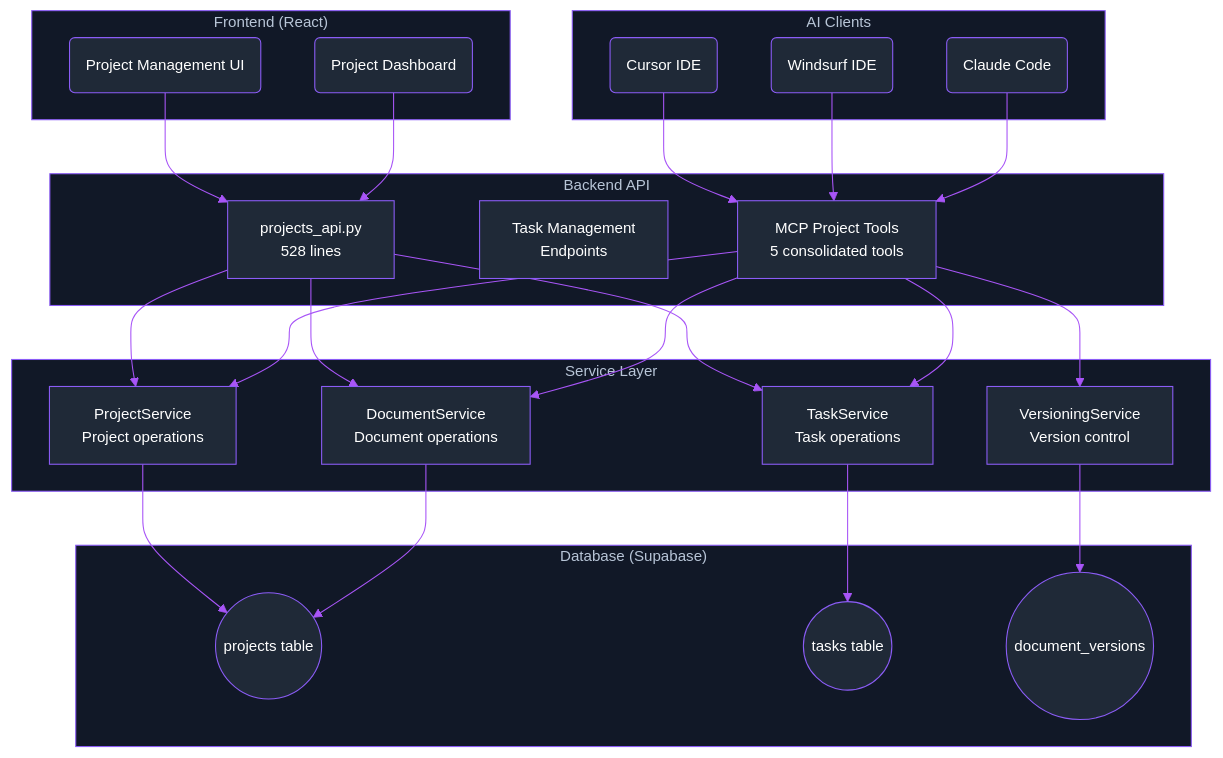
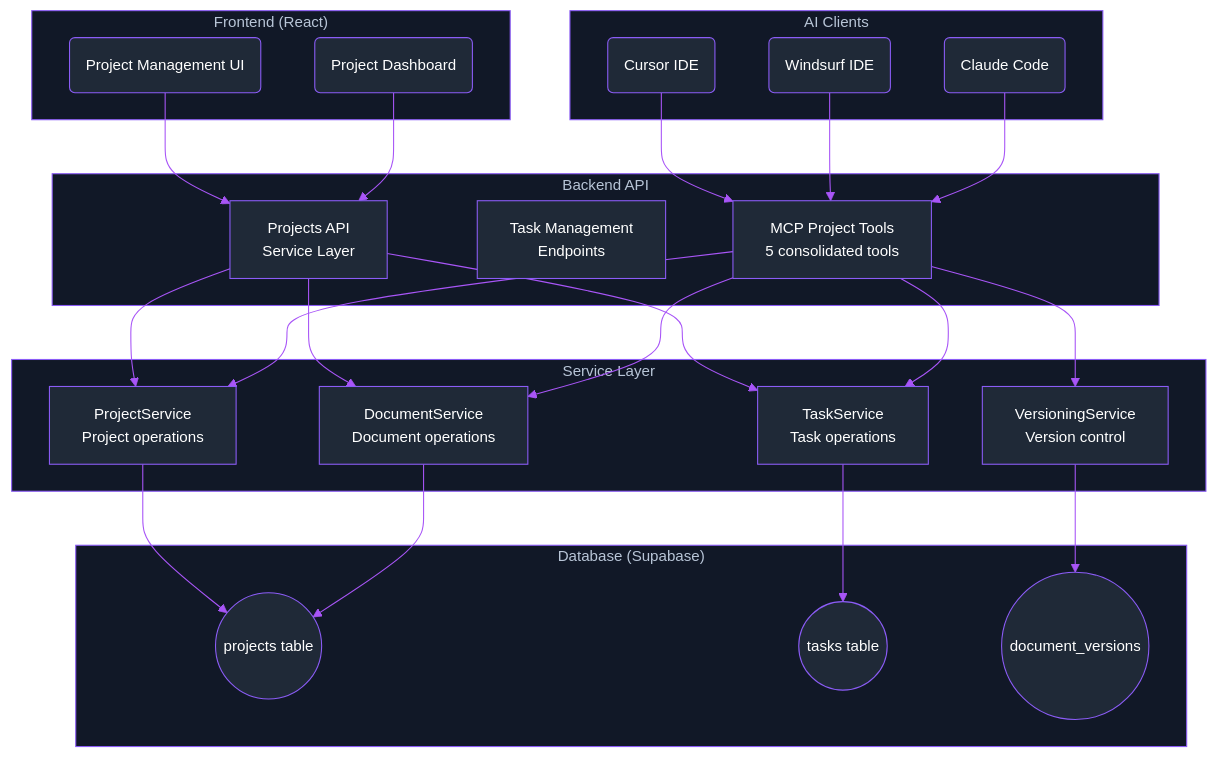
Before and after one commit to tarsonis125/mcp-crawl4ai-rag-ChromaDB-V1: the first of 3 diagrams in docs/docs/projects-overview.mdx, drawn with Mermaid. The commit also changed other lines of this file and 39 other files, not shown here.

````diff
--- a/docs/docs/projects-overview.mdx
+++ b/docs/docs/projects-overview.mdx
@@ -35,71 +35,71 @@
 ```mermaid
 %%{init:{
   'theme':'base',
   'themeVariables': {
     'primaryColor':'#1f2937',
     'primaryTextColor':'#ffffff',
     'primaryBorderColor':'#8b5cf6',
     'lineColor':'#a855f7',
     'textColor':'#ffffff',
     'fontFamily':'Inter',
     'fontSize':'14px',
     'background':'#000000',
     'mainBkg':'#1f2937',
     'secondBkg':'#111827',
     'borderColor':'#8b5cf6',
     'clusterBkg':'#111827',
     'clusterBorder':'#8b5cf6'
   }
 }}%%
 graph TB
     subgraph "Frontend (React)"
         TaskUI(Project Management UI)
         ProjectUI(Project Dashboard)
     end
     
     subgraph "Backend API"
-        ProjectAPI["projects_api.py<br/>528 lines"]
+        ProjectAPI["Projects API<br/>Service Layer"]
         TaskAPI["Task Management<br/>Endpoints"]
         MCPTools["MCP Project Tools<br/>5 consolidated tools"]
     end
     
     subgraph "Service Layer"
         ProjectService["ProjectService<br/>Project operations"]
         TaskService["TaskService<br/>Task operations"]
         DocumentService["DocumentService<br/>Document operations"]
         VersioningService["VersioningService<br/>Version control"]
     end
     
     subgraph "Database (Supabase)"
         ProjectsTable(("projects table"))
         TasksTable(("tasks table"))
         VersionsTable(("document_versions"))
     end
     
     subgraph "AI Clients"
         Cursor(Cursor IDE)
         Windsurf(Windsurf IDE)
         Claude(Claude Code)
     end
     
     TaskUI --> ProjectAPI
     ProjectUI --> ProjectAPI
     
     ProjectAPI --> ProjectService
     ProjectAPI --> TaskService
     ProjectAPI --> DocumentService
     
     MCPTools --> ProjectService
     MCPTools --> TaskService
     MCPTools --> DocumentService
     MCPTools --> VersioningService
     
     ProjectService --> ProjectsTable
     TaskService --> TasksTable
     DocumentService --> ProjectsTable
     VersioningService --> VersionsTable
     
     Cursor --> MCPTools
     Windsurf --> MCPTools
     Claude --> MCPTools
 ```
````
